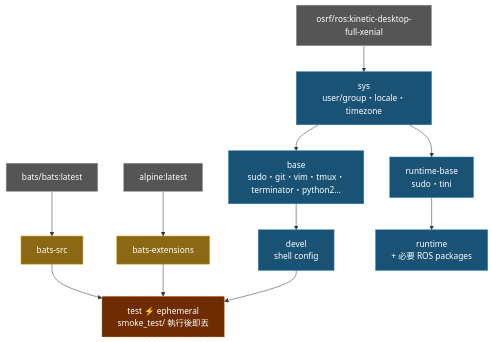
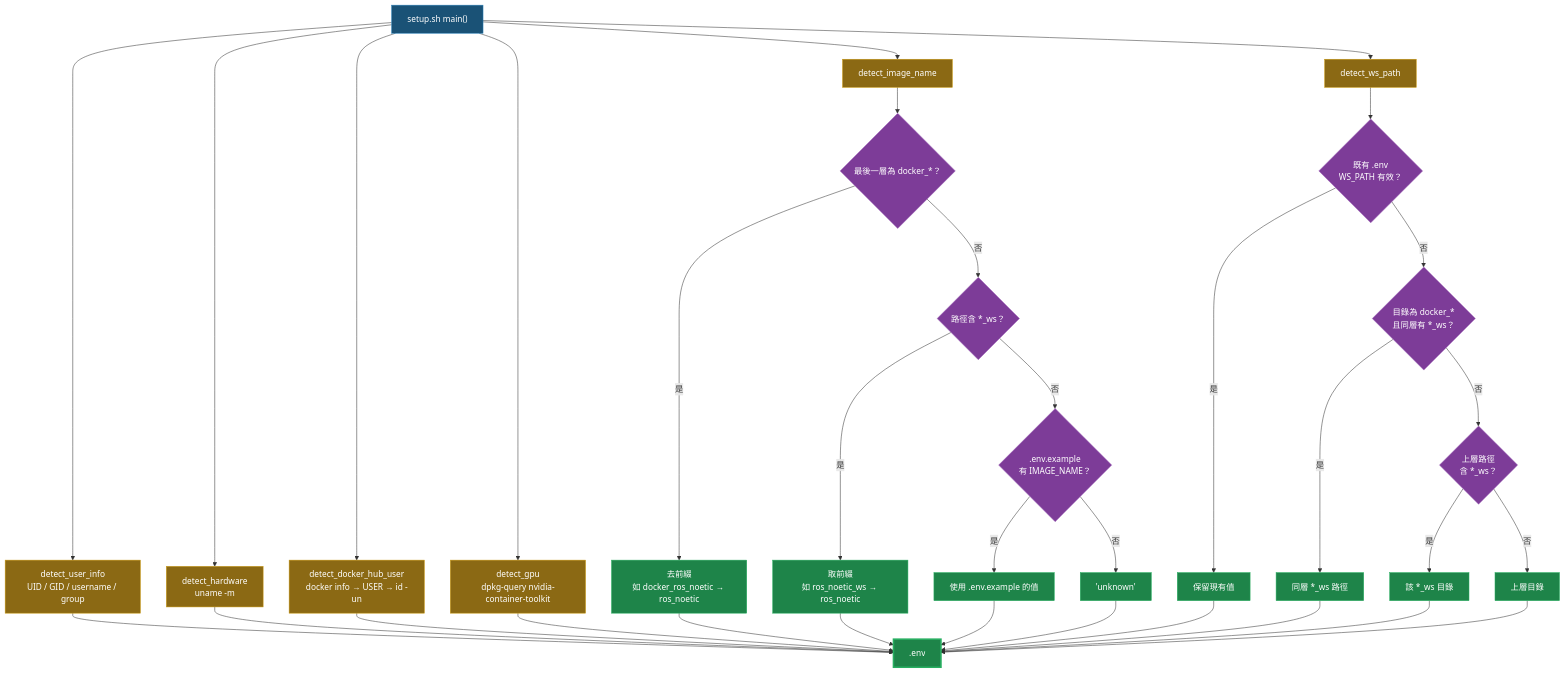
One commit to ycpss91255-docker/osrf_ros_kinetic changed the first of 2 diagrams in doc/README.zh-TW.md. Above: the diagram before and after it, drawn with Mermaid. The commit also changed other lines of this file and 47 other files, not shown here.

First line of the commit message:
Squashed 'docker_setup_helper/' changes from ea8a994..4e7b249

````diff
--- a/doc/README.zh-TW.md
+++ b/doc/README.zh-TW.md
@@ -235,26 +272,46 @@
 ```mermaid
 graph TD
-    EXT1["bats/bats:latest"]:::external
-    EXT2["alpine:latest"]:::external
-    EXT3["osrf/ros:kinetic-desktop-full-xenial"]:::external
+    A["setup.sh main()"]:::entry
 
-    EXT1 --> bats-src["bats-src"]:::tool
-    EXT2 --> bats-ext["bats-extensions"]:::tool
+    A --> B["detect_user_info\nUID / GID / username / group"]:::detect
+    A --> C["detect_hardware\nuname -m"]:::detect
+    A --> D["detect_docker_hub_user\ndocker info → USER → id -un"]:::detect
+    A --> E["detect_gpu\ndpkg-query nvidia-container-toolkit"]:::detect
+    A --> F["detect_image_name"]:::detect
+    A --> G["detect_ws_path"]:::detect
 
-    EXT3 --> sys["sys\nuser/group・locale・timezone"]:::stage
+    F --> F1{"最後一層為 docker_*？"}:::decision
+    F1 -- "是" --> F1R["去前綴\n如 docker_ros_noetic → ros_noetic"]:::result
+    F1 -- "否" --> F2{"路徑含 *_ws？"}:::decision
+    F2 -- "是" --> F2R["取前綴\n如 ros_noetic_ws → ros_noetic"]:::result
+    F2 -- "否" --> F3{".env.example\n有 IMAGE_NAME？"}:::decision
+    F3 -- "是" --> F3R["使用 .env.example 的值"]:::result
+    F3 -- "否" --> F4R["'unknown'"]:::result
 
-    sys --> base["base\nsudo・git・vim・tmux・terminator・python2..."]:::stage
-    base --> devel["devel\nshell config"]:::stage
+    G --> G0{"既有 .env\nWS_PATH 有效？"}:::decision
+    G0 -- "是" --> G0R["保留現有值"]:::result
+    G0 -- "否" --> G1{"目錄為 docker_*\n且同層有 *_ws？"}:::decision
+    G1 -- "是" --> G1R["同層 *_ws 路徑"]:::result
+    G1 -- "否" --> G2{"上層路徑\n含 *_ws？"}:::decision
+    G2 -- "是" --> G2R["該 *_ws 目錄"]:::result
+    G2 -- "否" --> G3R["上層目錄"]:::result
 
-    bats-src --> test["test  ⚡ ephemeral\nsmoke_test/ 執行後即丟"]:::ephemeral
-    bats-ext --> test
-    devel --> test
+    B --> H[".env"]:::output
+    C --> H
+    D --> H
+    E --> H
+    F1R --> H
+    F2R --> H
+    F3R --> H
+    F4R --> H
+    G0R --> H
+    G1R --> H
+    G2R --> H
+    G3R --> H
 
-    sys --> runtime-base["runtime-base\nsudo・tini"]:::stage
-    runtime-base --> runtime["runtime\n+ 必要 ROS packages"]:::stage
-
-    classDef external fill:#555,color:#fff,stroke:#999
-    classDef tool fill:#8B6914,color:#fff,stroke:#c8960c
-    classDef stage fill:#1a5276,color:#fff,stroke:#2980b9
-    classDef ephemeral fill:#6e2c00,color:#fff,stroke:#e67e22,stroke-dasharray:5 5
+    classDef entry fill:#1a5276,color:#fff,stroke:#2980b9
+    classDef detect fill:#8B6914,color:#fff,stroke:#c8960c
+    classDef decision fill:#7d3c98,color:#fff,stroke:#a569bd
+    classDef result fill:#1e8449,color:#fff,stroke:#27ae60
+    classDef output fill:#1e8449,color:#fff,stroke:#27ae60,stroke-width:3px
 ```
````
